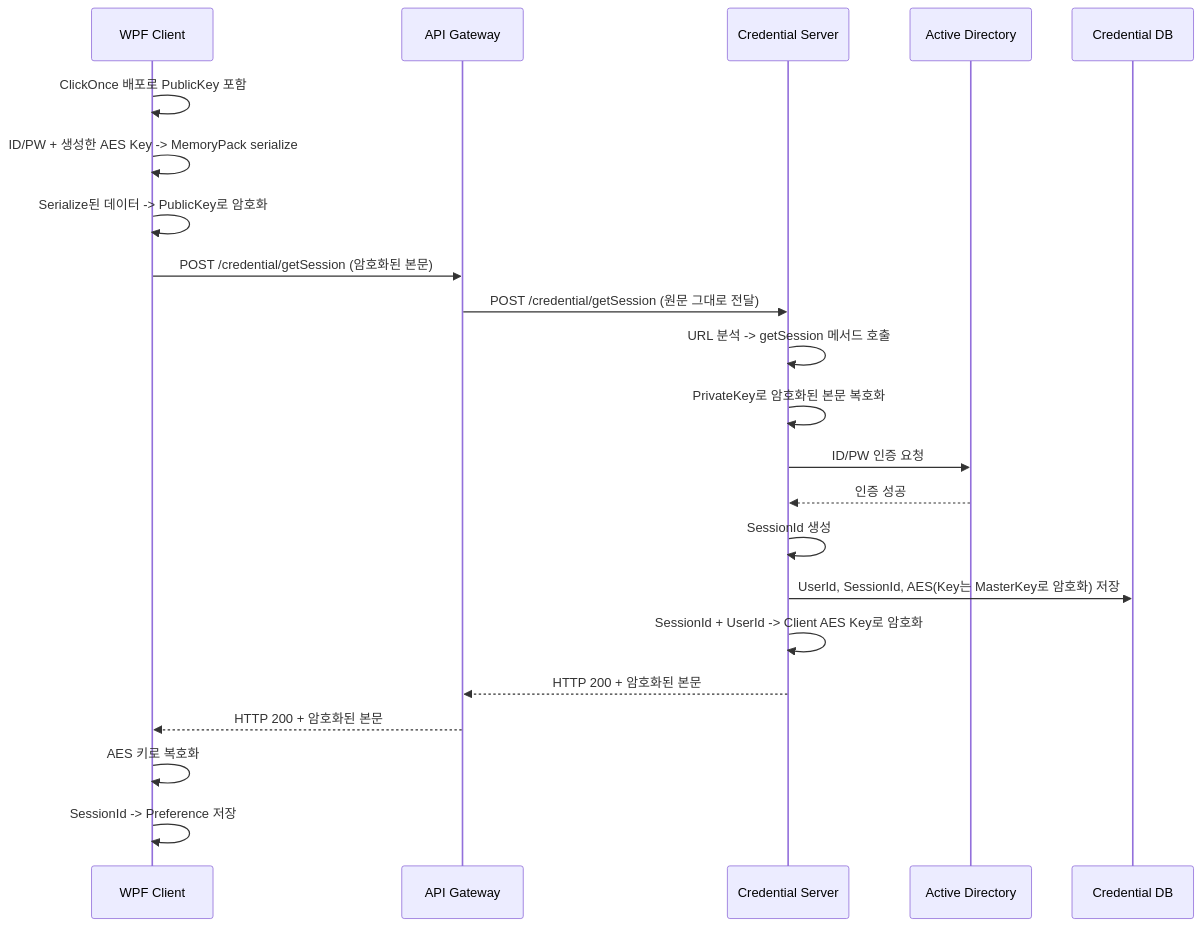
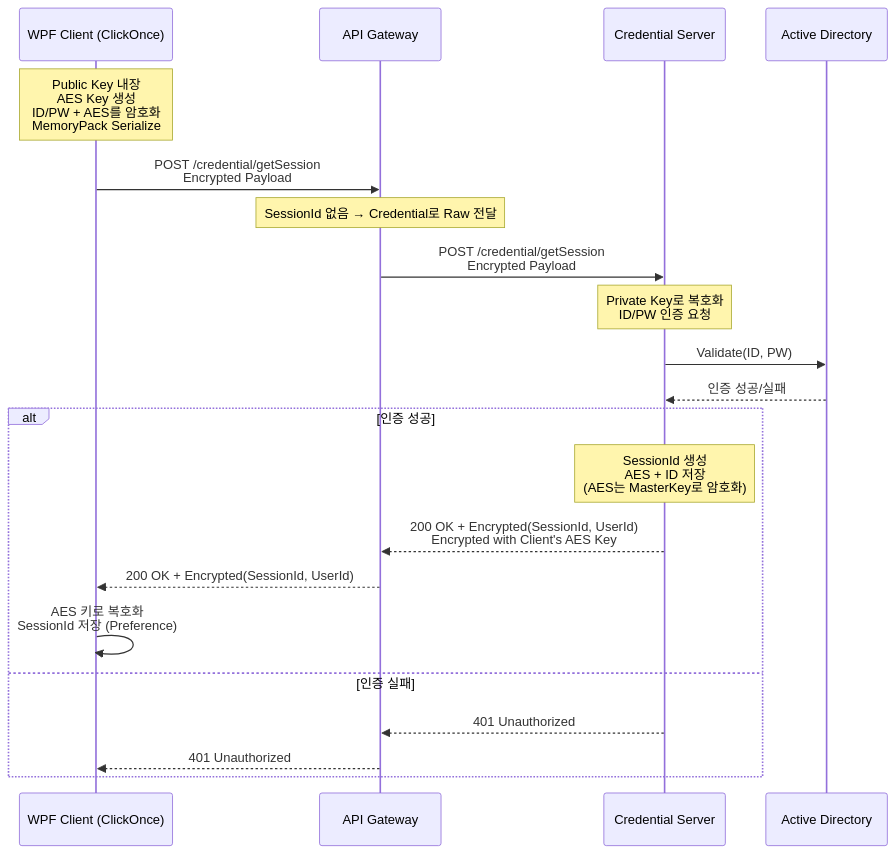
Before and after one commit to remcat-lab/platform: the diagram in 020. Credential/GetSession.md, drawn with Mermaid. The commit also changed other lines of this file, not shown here.

Commit message:
Update GetSession.md
RSA 키 길이가 2048비트인 경우,
OAEP(SHA256) 패딩을 사용할 때 약 190~214바이트 정도만 암호화할 수 있습니다.
이 내용으로 볼때, ID, PW, AES 키 모두 각각 암호화 해 memoryPack으로 serialize 해 전달해야 한다.

````diff
--- a/020. Credential/GetSession.md
+++ b/020. Credential/GetSession.md
@@ -13,39 +13,26 @@
 ```mermaid
 sequenceDiagram
-    participant WPF Client
-    participant API Gateway
-    participant Credential Server
-    participant Active Directory
-    participant Credential DB
+    participant Client as WPF Client (ClickOnce)
+    participant APIGW as API Gateway
+    participant Credential as Credential Server
+    participant AD as Active Directory
 
-    %% Step 1: Client - 암호화 준비
-    WPF Client->>WPF Client: ClickOnce 배포로 PublicKey 포함
-    WPF Client->>WPF Client: ID/PW + 생성한 AES Key -> MemoryPack serialize
-    WPF Client->>WPF Client: Serialize된 데이터 -> PublicKey로 암호화
+    Note over Client: Public Key 내장<br/>AES Key 생성<br/>ID/PW + AES를 암호화<br/>MemoryPack Serialize
+    Client->>APIGW: POST /credential/getSession<br/>Encrypted Payload
+    Note over APIGW: SessionId 없음 → Credential로 Raw 전달
+    APIGW->>Credential: POST /credential/getSession<br/>Encrypted Payload
+    Note over Credential: Private Key로 복호화<br/>ID/PW 인증 요청
+    Credential->>AD: Validate(ID, PW)
+    AD-->>Credential: 인증 성공/실패
+    alt 인증 성공
+        Note over Credential: SessionId 생성<br/>AES + ID 저장<br/>(AES는 MasterKey로 암호화)
+        Credential-->>APIGW: 200 OK + Encrypted(SessionId, UserId)<br/>Encrypted with Client's AES Key
+        APIGW-->>Client: 200 OK + Encrypted(SessionId, UserId)
+        Client->>Client: AES 키로 복호화<br/>SessionId 저장 (Preference)
+    else 인증 실패
+        Credential-->>APIGW: 401 Unauthorized
+        APIGW-->>Client: 401 Unauthorized
+    end
 
-    %% Step 2: API Gateway에 요청
-    WPF Client->>API Gateway: POST /credential/getSession (암호화된 본문)
-
-    %% Step 3: Gateway가 Credential 서버로 전달
-    API Gateway->>Credential Server: POST /credential/getSession (원문 그대로 전달)
-
-    %% Step 4: Credential 서버가 요청 분석
-    Credential Server->>Credential Server: URL 분석 -> getSession 메서드 호출
-    Credential Server->>Credential Server: PrivateKey로 암호화된 본문 복호화
-
-    %% Step 5: AD 인증 및 세션 저장
-    Credential Server->>Active Directory: ID/PW 인증 요청
-    Active Directory-->>Credential Server: 인증 성공
-    Credential Server->>Credential Server: SessionId 생성
-    Credential Server->>Credential DB: UserId, SessionId, AES(Key는 MasterKey로 암호화) 저장
-
-    %% Step 6: 결과 응답 암호화 및 전달
-    Credential Server->>Credential Server: SessionId + UserId -> Client AES Key로 암호화
-    Credential Server-->>API Gateway: HTTP 200 + 암호화된 본문
-    API Gateway-->>WPF Client: HTTP 200 + 암호화된 본문
-
-    %% Step 7: Client 응답 처리
-    WPF Client->>WPF Client: AES 키로 복호화
-    WPF Client->>WPF Client: SessionId -> Preference 저장
 
 ```
````
